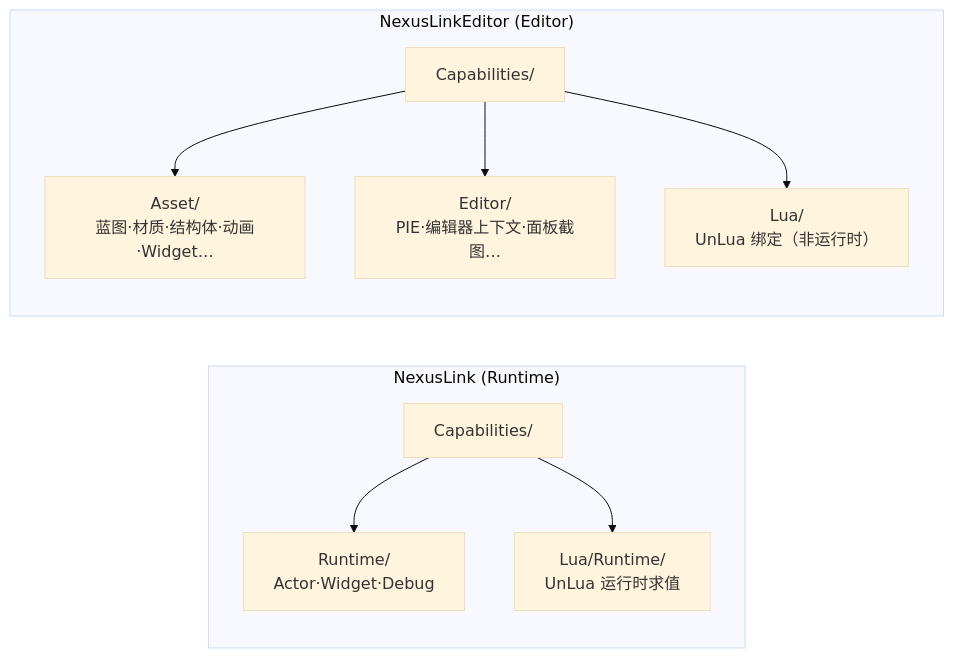
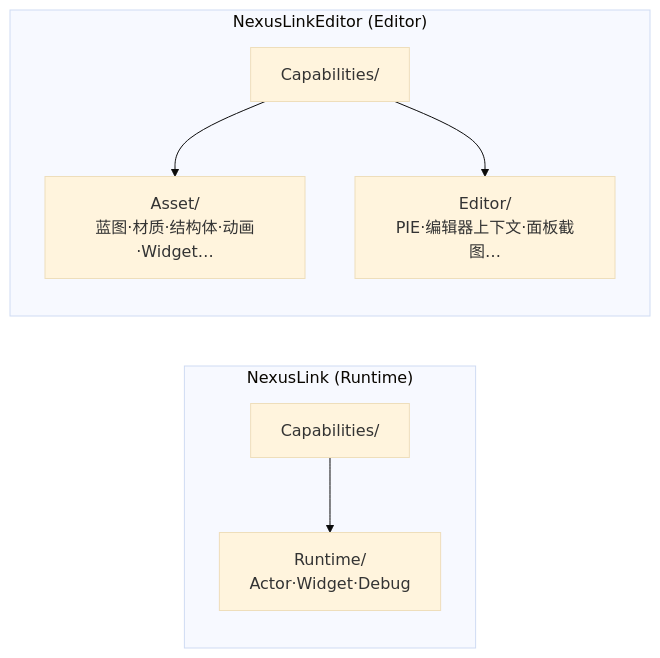
Before and after one commit to bytepine/NexusLink: the third of 6 diagrams in docs/architecture.md, drawn with Mermaid (base theme). The commit also changed other lines of this file and 63 other files, not shown here.

````diff
--- a/docs/architecture.md
+++ b/docs/architecture.md
@@ -96,14 +96,12 @@
 ```mermaid
 flowchart LR
     subgraph RT["NexusLink (Runtime)"]
         RootRT["Capabilities/"]
         RootRT --> Runtime["Runtime/<br/>Actor·Widget·Debug"]
-        RootRT --> LuaRT["Lua/Runtime/<br/>UnLua 运行时求值"]
     end
     subgraph ED["NexusLinkEditor (Editor)"]
         RootED["Capabilities/"]
         RootED --> Asset["Asset/<br/>蓝图·材质·结构体·动画·Widget…"]
         RootED --> Editor["Editor/<br/>PIE·编辑器上下文·面板截图…"]
-        RootED --> LuaED["Lua/<br/>UnLua 绑定（非运行时）"]
     end
 ```
````
